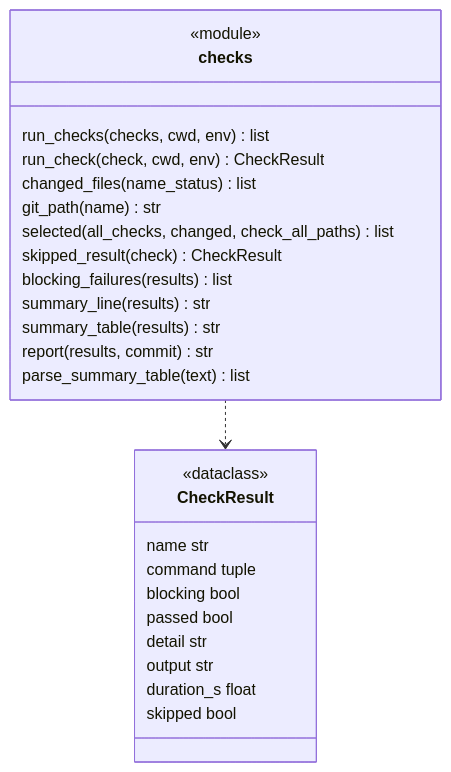
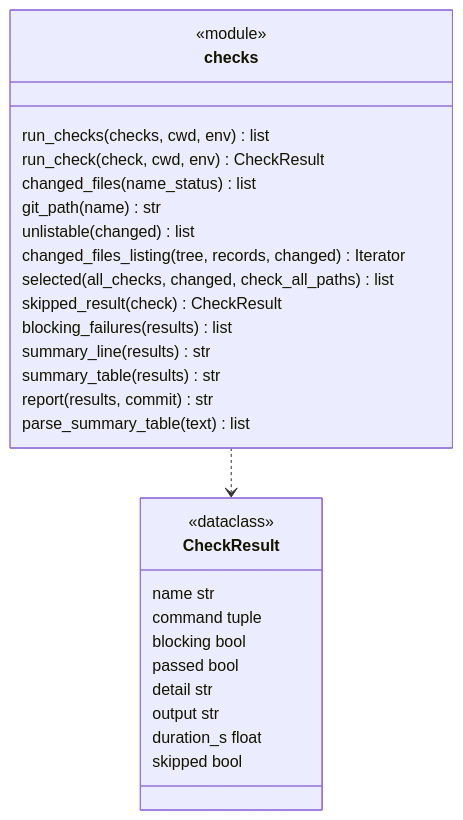
One commit to plaplanche/ariane changed the second of 3 diagrams in docs/architecture/modules/checks.md. Above: the diagram before and after it, drawn with Mermaid. The commit also changed other lines of this file and 9 other files, not shown here.

````diff
--- a/docs/architecture/modules/checks.md
+++ b/docs/architecture/modules/checks.md
@@ -56,29 +59,31 @@
 ```mermaid
 classDiagram
 class CheckResult {
   <<dataclass>>
   name str
   command tuple
   blocking bool
   passed bool
   detail str
   output str
   duration_s float
   skipped bool
 }
 class checks {
   <<module>>
   run_checks(checks, cwd, env) list
   run_check(check, cwd, env) CheckResult
   changed_files(name_status) list
   git_path(name) str
+  unlistable(changed) list
+  changed_files_listing(tree, records, changed) Iterator
   selected(all_checks, changed, check_all_paths) list
   skipped_result(check) CheckResult
   blocking_failures(results) list
   summary_line(results) str
   summary_table(results) str
   report(results, commit) str
   parse_summary_table(text) list
 }
 checks ..> CheckResult
 ```
````
